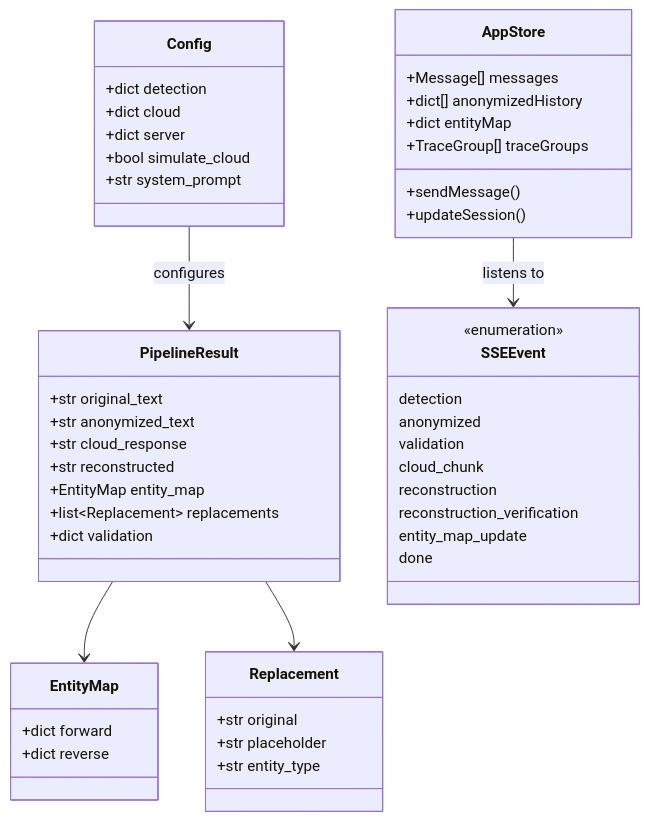
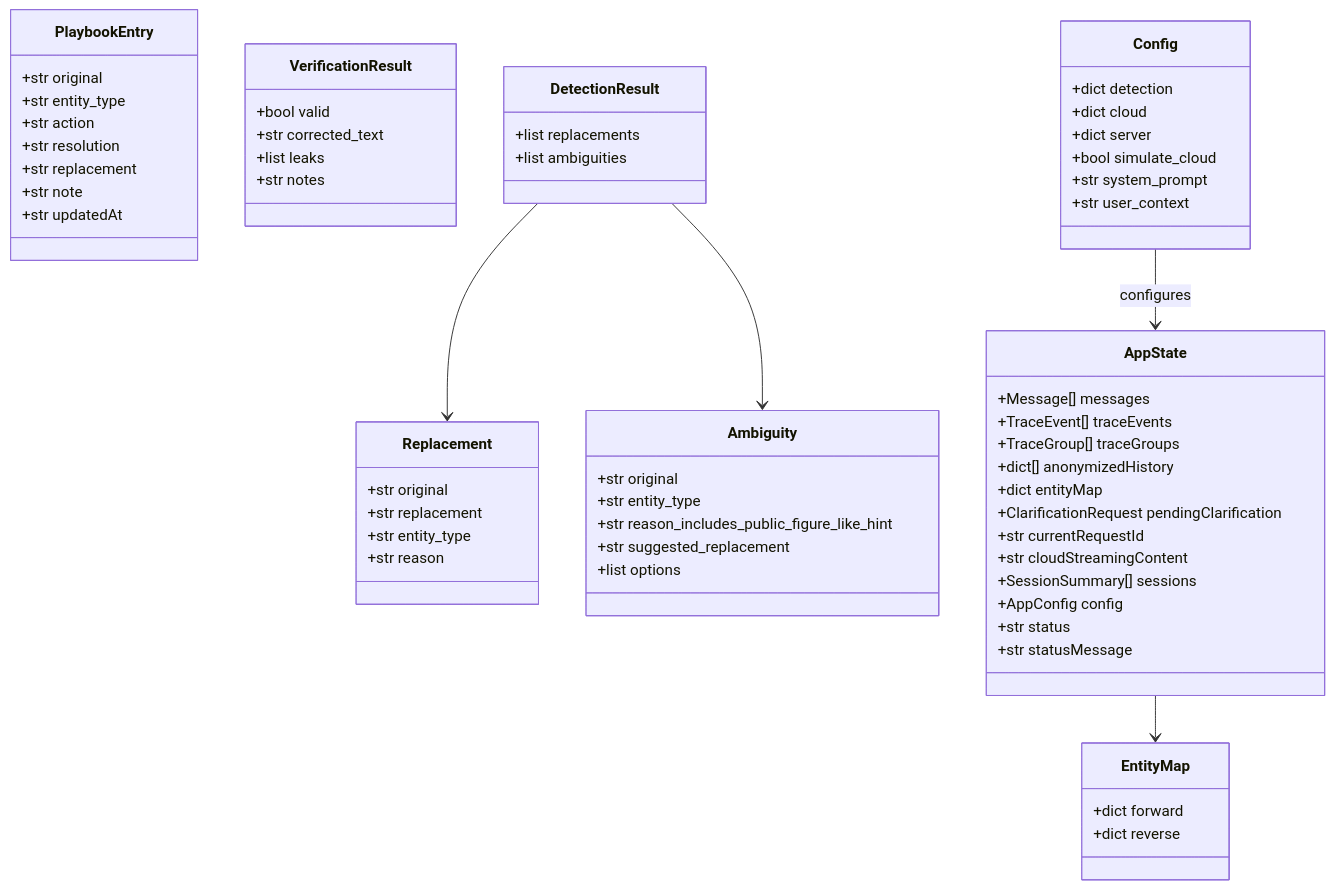
One commit to itzrnvr/CloakChat changed the fifth of 6 diagrams in diagrams.md. Above: the diagram before and after it, drawn with Mermaid. The commit also changed other lines of this file and 12 other files, not shown here.

First line of the commit message:
fix: provider routing, verification skip, and accurate diagrams

````diff
--- a/diagrams.md
+++ b/diagrams.md
@@ -228,57 +268,73 @@
 ```mermaid
 classDiagram
     class Replacement {
         +str original
-        +str placeholder
+        +str replacement
         +str entity_type
+        +str reason
+    }
+
+    class Ambiguity {
+        +str original
+        +str entity_type
+        +str reason_includes_public_figure_like_hint
+        +str suggested_replacement
+        +list options
     }
 
     class EntityMap {
         +dict forward
         +dict reverse
     }
 
-    class PipelineResult {
-        +str original_text
-        +str anonymized_text
-        +str cloud_response
-        +str reconstructed
-        +EntityMap entity_map
-        +list~Replacement~ replacements
-        +dict validation
+    class PlaybookEntry {
+        +str original
+        +str entity_type
+        +str action
+        +str resolution
+        +str replacement
+        +str note
+        +str updatedAt
+    }
+
+    class VerificationResult {
+        +bool valid
+        +str corrected_text
+        +list leaks
+        +str notes
+    }
+
+    class DetectionResult {
+        +list replacements
+        +list ambiguities
     }
 
     class Config {
         +dict detection
         +dict cloud
         +dict server
         +bool simulate_cloud
         +str system_prompt
+        +str user_context
     }
 
-    class AppStore {
+    class AppState {
         +Message[] messages
+        +TraceEvent[] traceEvents
+        +TraceGroup[] traceGroups
         +dict[] anonymizedHistory
         +dict entityMap
-        +TraceGroup[] traceGroups
-        +sendMessage()
-        +updateSession()
+        +ClarificationRequest pendingClarification
+        +str currentRequestId
+        +str cloudStreamingContent
+        +SessionSummary[] sessions
+        +AppConfig config
+        +str status
+        +str statusMessage
     }
 
-    class SSEEvent {
-        <<enumeration>>
-        detection
-        anonymized
-        validation
-        cloud_chunk
-        reconstruction
-        reconstruction_verification
-        entity_map_update
-        done
-    }
-
-    PipelineResult --> EntityMap
-    PipelineResult --> Replacement
-    AppStore --> SSEEvent : listens to
-    Config --> PipelineResult : configures
+    DetectionResult --> Replacement
+    DetectionResult --> Ambiguity
+    AppState --> EntityMap
+    Config --> AppState : configures
 ```
````
